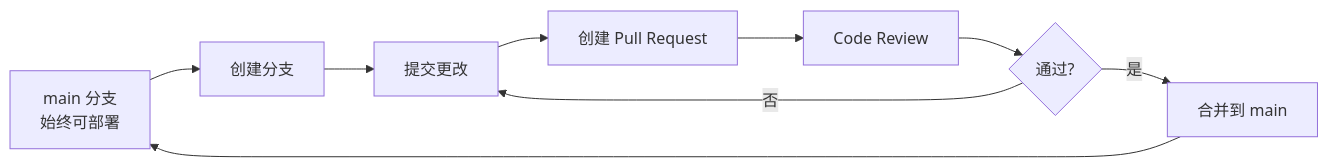
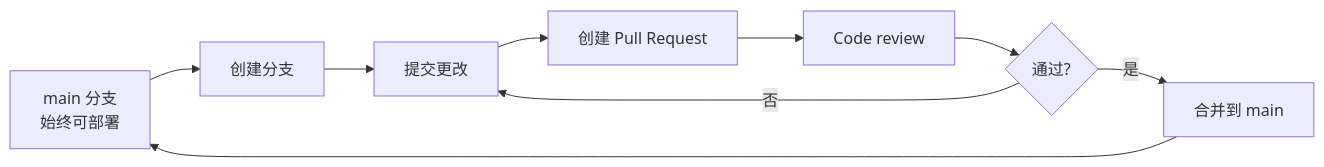
The first of 2 diagrams in Git/分支管理最佳实践.md (Treasoni/Study-Notes), drawn with Mermaid before and after one commit. The commit also changed other lines of this file and 1 other file, not shown here.

````diff
--- a/Git/分支管理最佳实践.md
+++ b/Git/分支管理最佳实践.md
@@ -24,11 +44,11 @@
 ```mermaid
 flowchart LR
     A[main 分支<br>始终可部署] --> B[创建分支]
     B --> C[提交更改]
     C --> D[创建 Pull Request]
-    D --> E[Code Review]
+    D --> E[Code review]
     E --> F{通过?}
     F -->|是| G[合并到 main]
     F -->|否| C
     G --> A
 ```
````
